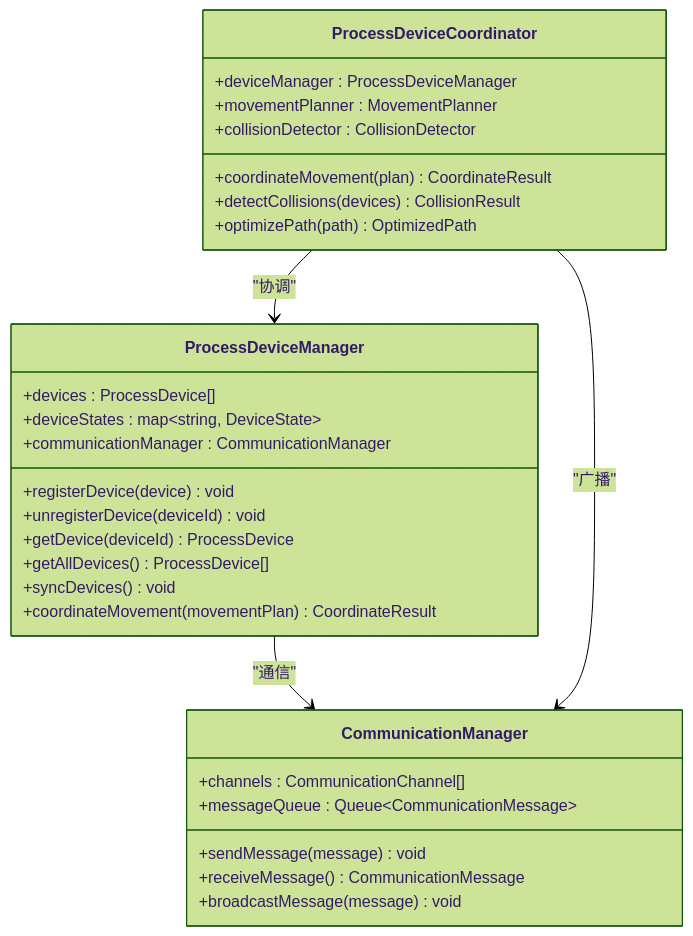
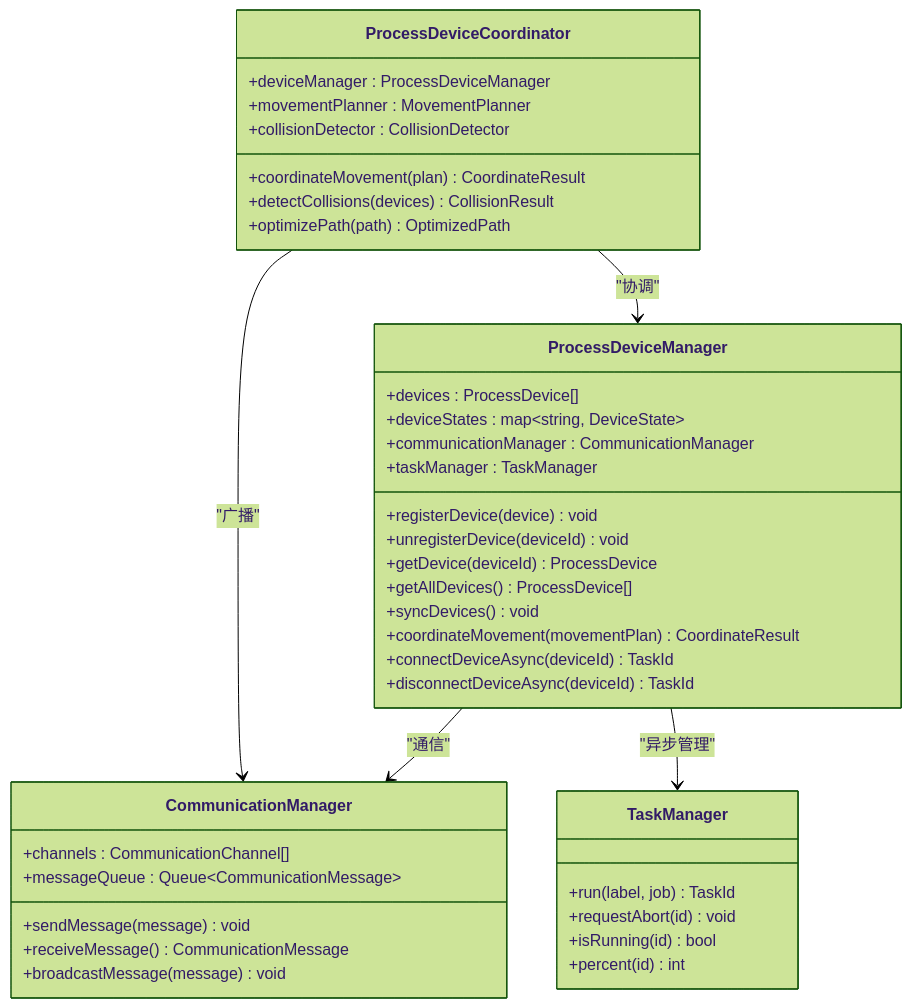
Before and after one commit to super1wang/LaserCNCv1.0: the eighth of 18 diagrams in .qoder/repowiki/zh/content/项目概述/模块设计/Process模块设计/Process模块服务管理架构改进.md, drawn with Mermaid (forest theme). The commit also changed other lines of this file and 159 other files, not shown here.

````diff
--- a/.qoder/repowiki/zh/content/项目概述/模块设计/Process模块设计/Process模块服务管理架构改进.md
+++ b/.qoder/repowiki/zh/content/项目概述/模块设计/Process模块设计/Process模块服务管理架构改进.md
@@ -432,32 +503,42 @@
 ```mermaid
 classDiagram
 class ProcessDeviceManager {
 +devices : ProcessDevice[]
 +deviceStates : map~string, DeviceState~
 +communicationManager : CommunicationManager
++taskManager : TaskManager
 +registerDevice(device) void
 +unregisterDevice(deviceId) void
 +getDevice(deviceId) ProcessDevice
 +getAllDevices() ProcessDevice[]
 +syncDevices() void
 +coordinateMovement(movementPlan) CoordinateResult
++connectDeviceAsync(deviceId) TaskId
++disconnectDeviceAsync(deviceId) TaskId
 }
 class ProcessDeviceCoordinator {
 +deviceManager : ProcessDeviceManager
 +movementPlanner : MovementPlanner
 +collisionDetector : CollisionDetector
 +coordinateMovement(plan) CoordinateResult
 +detectCollisions(devices) CollisionResult
 +optimizePath(path) OptimizedPath
 }
 class CommunicationManager {
 +channels : CommunicationChannel[]
 +messageQueue : Queue~CommunicationMessage~
 +sendMessage(message) void
 +receiveMessage() CommunicationMessage
 +broadcastMessage(message) void
 }
+class TaskManager {
++run(label, job) TaskId
++requestAbort(id) void
++isRunning(id) bool
++percent(id) int
+}
 ProcessDeviceManager --> CommunicationManager : "通信"
+ProcessDeviceManager --> TaskManager : "异步管理"
 ProcessDeviceCoordinator --> ProcessDeviceManager : "协调"
 ProcessDeviceCoordinator --> CommunicationManager : "广播"
 ```
````
